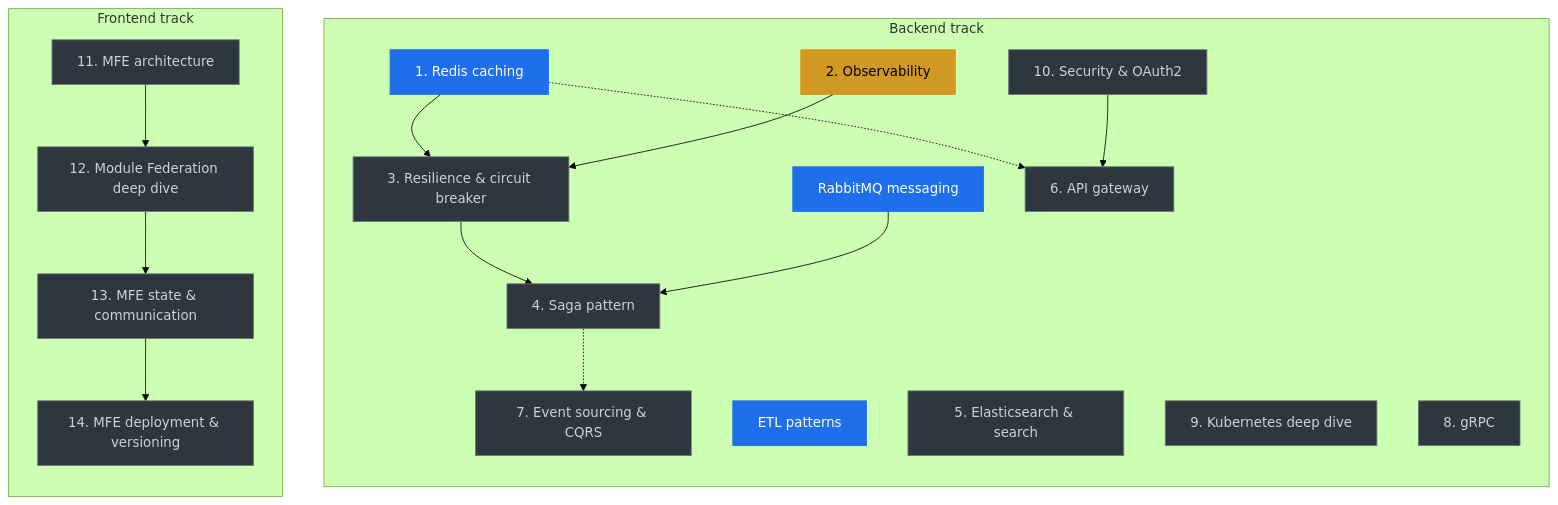
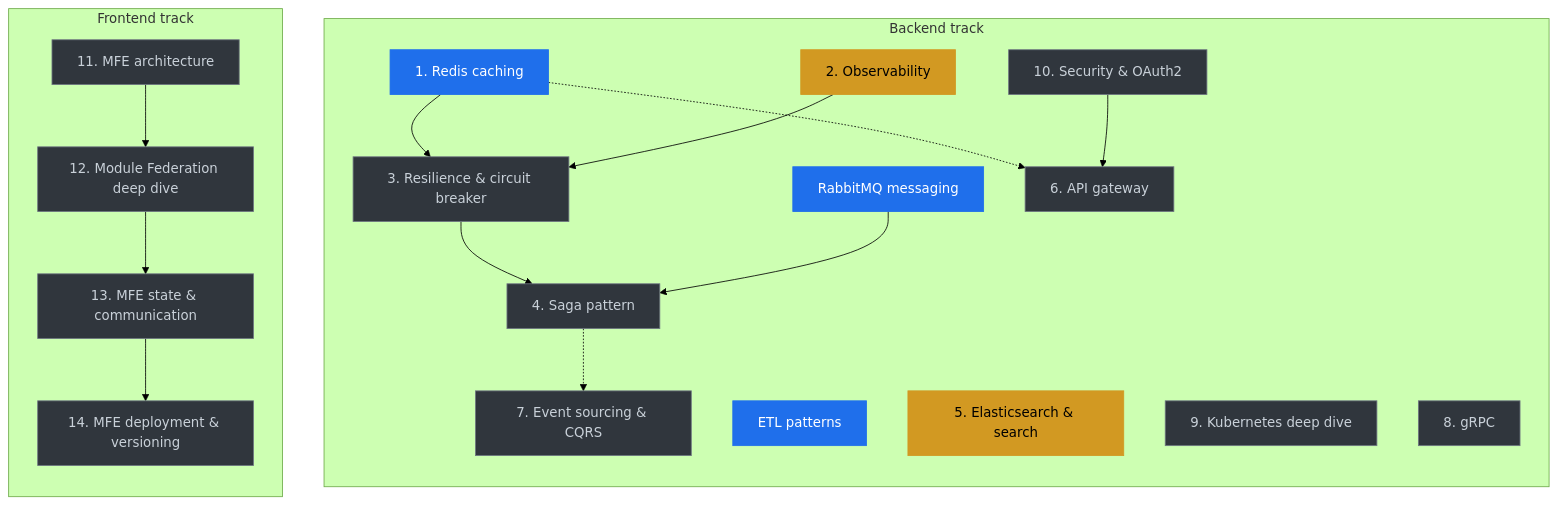
One commit to souravdev-eng/cloud-native-ecom-micro-service changed the diagram in sandbox/learning-roadmap/README.md. Above: the diagram before and after it, drawn with Mermaid (forest theme). The commit also changed other lines of this file and 35 other files, not shown here.

````diff
--- a/sandbox/learning-roadmap/README.md
+++ b/sandbox/learning-roadmap/README.md
@@ -47,42 +47,42 @@
 ```mermaid
 flowchart TB
     classDef done    fill:#1f6feb,stroke:#1f6feb,color:#fff
     classDef wip     fill:#d29922,stroke:#d29922,color:#000
     classDef planned fill:#30363d,stroke:#6e7681,color:#c9d1d9
 
     subgraph Backend [Backend track]
         direction TB
         B0a["RabbitMQ messaging"]:::done
         B0b["ETL patterns"]:::done
         B1["1. Redis caching"]:::done
         B2["2. Observability"]:::wip
         B3["3. Resilience &amp; circuit breaker"]:::planned
         B4["4. Saga pattern"]:::planned
-        B5["5. Elasticsearch &amp; search"]:::planned
+        B5["5. Elasticsearch &amp; search"]:::wip
         B6["6. API gateway"]:::planned
         B10["10. Security &amp; OAuth2"]:::planned
         B7["7. Event sourcing &amp; CQRS"]:::planned
         B9["9. Kubernetes deep dive"]:::planned
         B8["8. gRPC"]:::planned
 
         B1 --> B3 --> B4
         B2 --> B3
         B0a --> B4
         B1 -.-> B6
         B10 --> B6
         B4 -.-> B7
         B5
         B8
         B9
     end
 
     subgraph Frontend [Frontend track]
         direction TB
         F11["11. MFE architecture"]:::planned
         F12["12. Module Federation deep dive"]:::planned
         F13["13. MFE state &amp; communication"]:::planned
         F14["14. MFE deployment &amp; versioning"]:::planned
 
         F11 --> F12 --> F13 --> F14
     end
 ```
````
